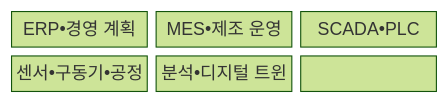
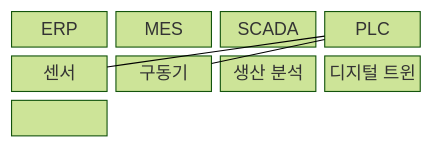
One commit to agnusdei1207/knowledge-base changed the first of 2 diagrams in src/content/docs/notes/08-latest-tech/201_smart_factory.md. Above: the diagram before and after it, drawn with Mermaid (forest theme). The commit also changed other lines of this file and 20 other files, not shown here.

````diff
--- a/src/content/docs/notes/08-latest-tech/201_smart_factory.md
+++ b/src/content/docs/notes/08-latest-tech/201_smart_factory.md
@@ -68,11 +71,16 @@
 ```mermaid
 block-beta
-  columns 3
-  N0["ERP•경영 계획"]
-  N1["MES•제조 운영"]
-  N2["SCADA•PLC"]
-  N3["센서•구동기•공정"]
-  N4["분석•디지털 트윈"]
-  N0 --- N1 --- N2
-  N2 --- N3 --- N4
+  columns 4
+  N0["ERP"]
+  N1["MES"]
+  N2["SCADA"]
+  N3["PLC"]
+  N4["센서"]
+  N5["구동기"]
+  N6["생산 분석"]
+  N7["디지털 트윈"]
+  N0 --- N1 --- N2 --- N3
+  N3 --- N4
+  N3 --- N5
+  N4 --- N6 --- N7
 ```
````
